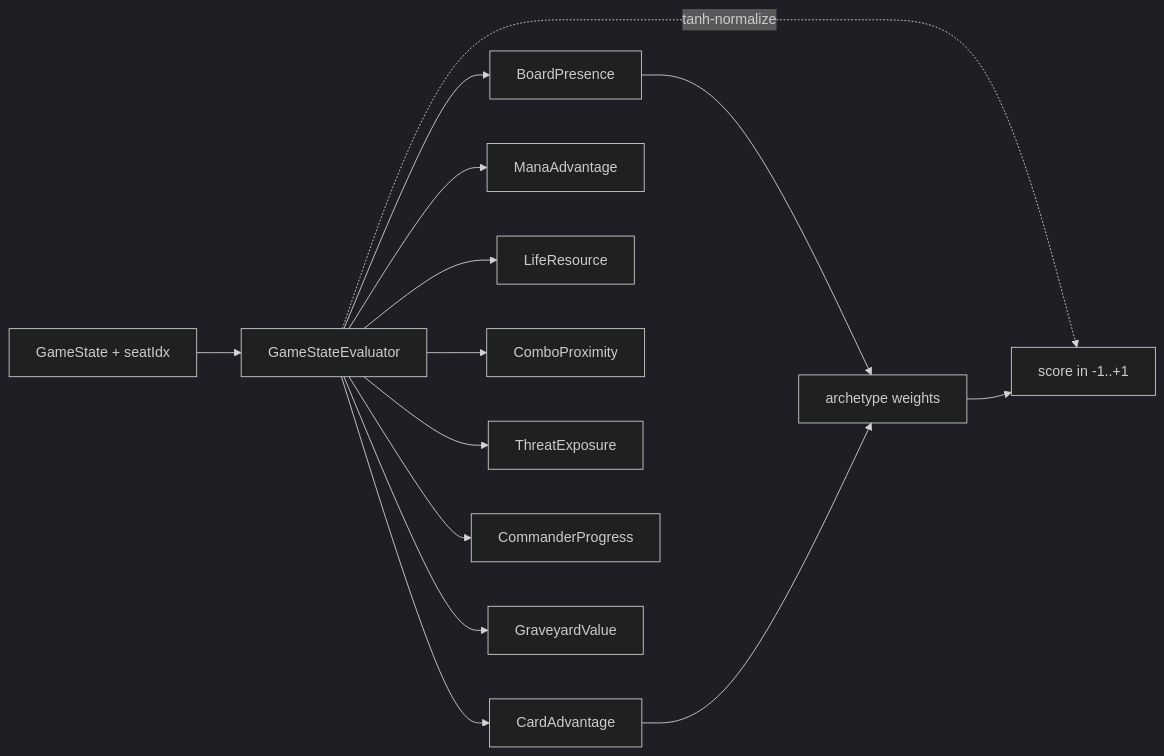
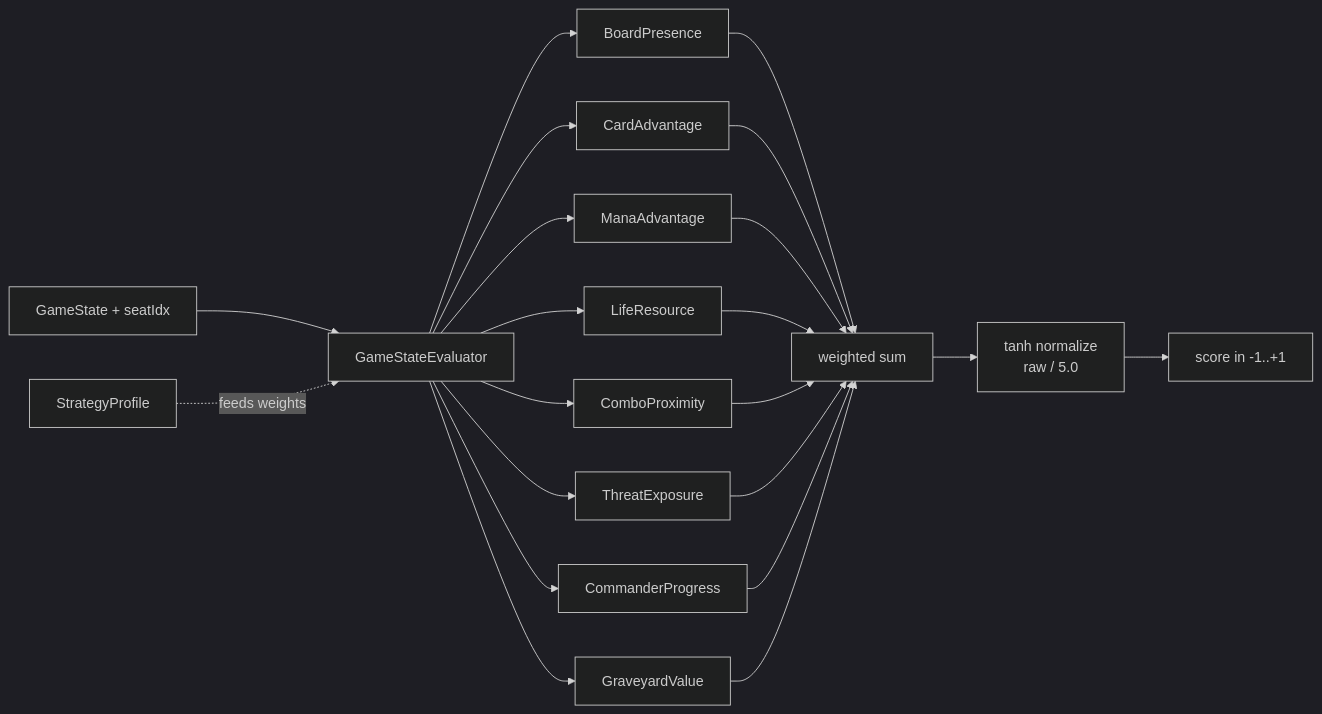
One commit to HexDek/HexDek changed the fourth of 4 diagrams in docs/Hat AI System.md. Above: the diagram before and after it, drawn with Mermaid (dark theme). The commit also changed other lines of this file and 17 other files, not shown here.

````diff
--- a/docs/Hat AI System.md
+++ b/docs/Hat AI System.md
@@ -71,16 +318,23 @@
 ```mermaid
 flowchart LR
     State[GameState + seatIdx] --> Eval[GameStateEvaluator]
-    Eval -.tanh-normalize.-> Score[score in -1..+1]
-    Eval --> Dim1[BoardPresence]
-    Eval --> Dim2[CardAdvantage]
-    Eval --> Dim3[ManaAdvantage]
-    Eval --> Dim4[LifeResource]
-    Eval --> Dim5[ComboProximity]
-    Eval --> Dim6[ThreatExposure]
-    Eval --> Dim7[CommanderProgress]
-    Eval --> Dim8[GraveyardValue]
-    Dim1 --> Weights[archetype weights]
-    Dim2 --> Weights
-    Weights --> Score
+    SP[StrategyProfile] -.feeds weights.-> Eval
+    Eval --> D1[BoardPresence]
+    Eval --> D2[CardAdvantage]
+    Eval --> D3[ManaAdvantage]
+    Eval --> D4[LifeResource]
+    Eval --> D5[ComboProximity]
+    Eval --> D6[ThreatExposure]
+    Eval --> D7[CommanderProgress]
+    Eval --> D8[GraveyardValue]
+    D1 --> Sum[weighted sum]
+    D2 --> Sum
+    D3 --> Sum
+    D4 --> Sum
+    D5 --> Sum
+    D6 --> Sum
+    D7 --> Sum
+    D8 --> Sum
+    Sum --> Tanh[tanh normalize<br/>raw / 5.0]
+    Tanh --> Score[score in -1..+1]
 ```
````
